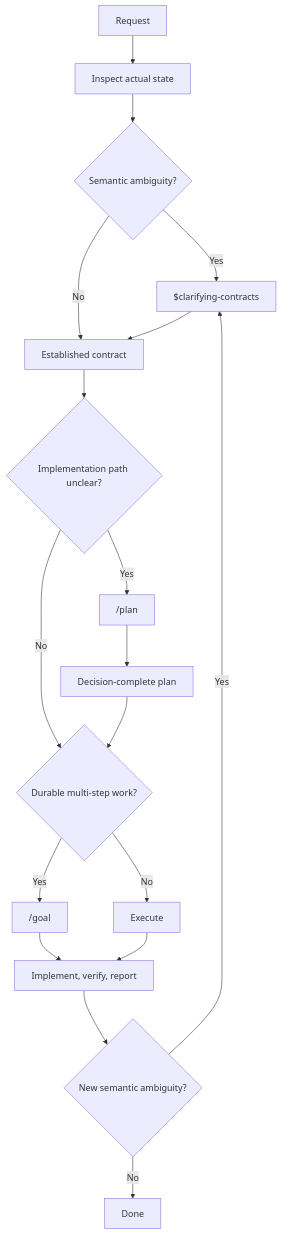
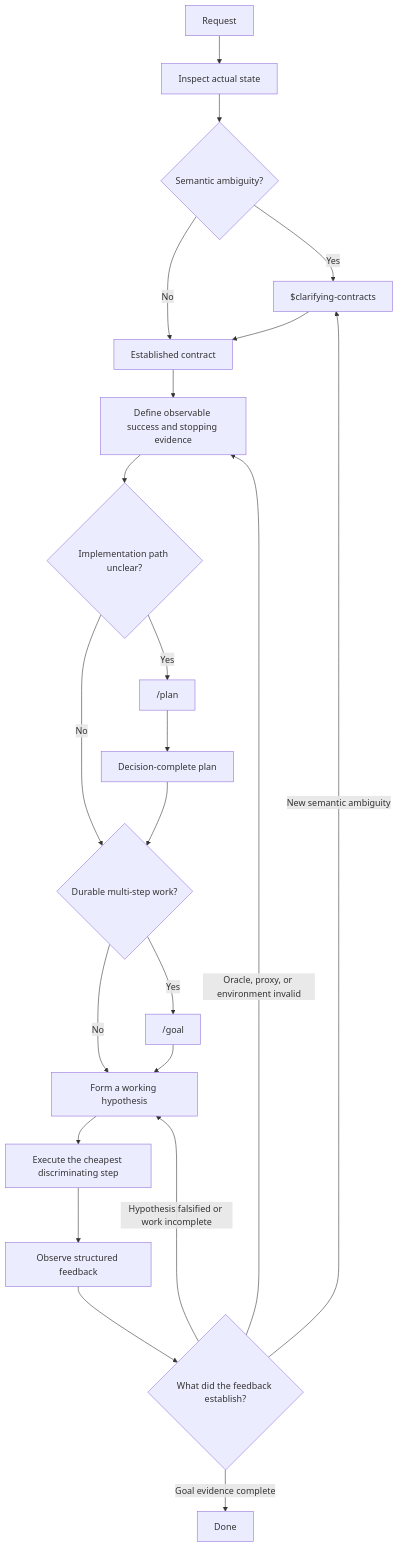
One commit to agentic-tend/.github changed the diagram in docs/development.md. Above: the diagram before and after it, drawn with Mermaid. The commit also changed other lines of this file and 3 other files, not shown here.

Commit message:
docs: define feedback-driven development loop

````diff
--- a/docs/development.md
+++ b/docs/development.md
@@ -7,24 +7,28 @@
 ```mermaid
 flowchart TD
     A[Request] --> B[Inspect actual state]
     B --> C{Semantic ambiguity?}
 
     C -- Yes --> D["$clarifying-contracts"]
     C -- No --> E[Established contract]
     D --> E
 
-    E --> F{Implementation path unclear?}
+    E --> O[Define observable success and stopping evidence]
+    O --> F{Implementation path unclear?}
     F -- Yes --> G["/plan"]
     F -- No --> I{Durable multi-step work?}
     G --> H[Decision-complete plan]
     H --> I
 
     I -- Yes --> J["/goal"]
-    I -- No --> K[Execute]
-    J --> L[Implement, verify, report]
-    K --> L
+    I -- No --> P[Form a working hypothesis]
+    J --> P
+    P --> K[Execute the cheapest discriminating step]
+    K --> L[Observe structured feedback]
+    L --> M{What did the feedback establish?}
 
-    L --> M{New semantic ambiguity?}
-    M -- Yes --> D
-    M -- No --> N[Done]
+    M -- Goal evidence complete --> N[Done]
+    M -- Hypothesis falsified or work incomplete --> P
+    M -- Oracle, proxy, or environment invalid --> O
+    M -- New semantic ambiguity --> D
 ```
````
